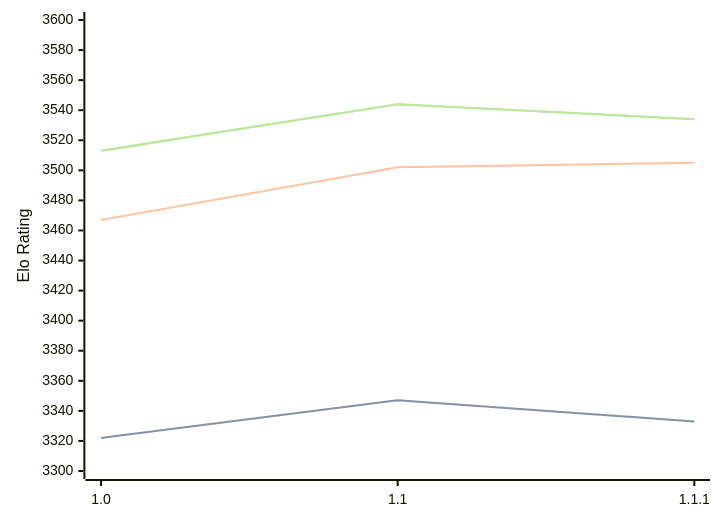
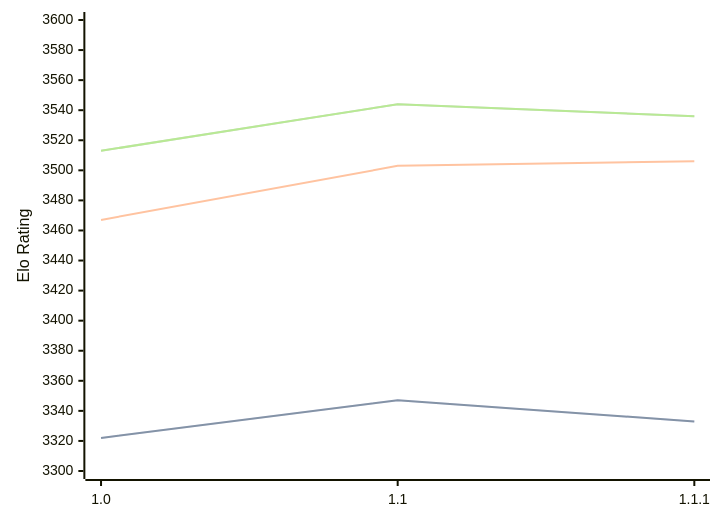
Before and after one commit to computer-chess-index/cci: the diagram in engines/Icarus.md, drawn with Mermaid. The commit also changed other lines of this file, not shown here.

Commit message:
Update CCI Ratings (ELO VLTC) - 2026-09-25

````diff
--- a/engines/Icarus.md
+++ b/engines/Icarus.md
@@ -33,11 +33,11 @@
 ```mermaid
 %%{init: {"theme":"base","themeVariables":{"seriesColors:['#a3a3a3','#222221','#faa371']}}}%%
 xychart-beta
   x-axis ["1.0", "1.1", "1.1.1"]
   y-axis "Elo Rating" 3300 --> 3600
   line "" [3322, 3347, 3333]
   line "STC (8.0+0.08s)" [3322, 3347, 3333]
-  line "LTC (60.0+0.60s)" [3467, 3502, 3505]
-  line "" [3513, 3544, 3534]
-  line "VLTC (2m24s+1.12s)" [3513, 3544, 3534]
+  line "LTC (60.0+0.60s)" [3467, 3503, 3506]
+  line "" [3513, 3544, 3536]
+  line "VLTC (2m24s+1.12s)" [3513, 3544, 3536]
 ```
````
